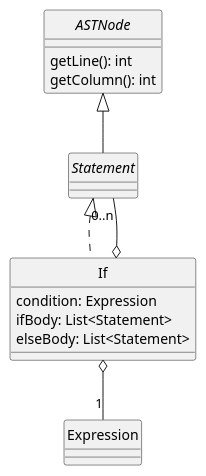
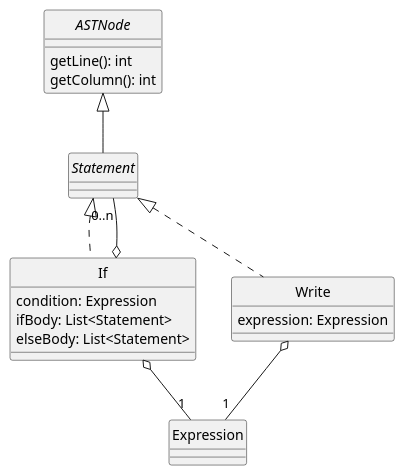
One commit to uo271288/dlp-compiler changed the diagram in docs/diagrams/statements.plantuml. Above: the diagram before and after it, drawn with PlantUML. The commit also changed 1 other file, not shown here.

Commit message:
Program Diagram finished, Statement Diagram TBD

```diff
--- a/docs/diagrams/statements.plantuml
+++ b/docs/diagrams/statements.plantuml
@@ -1,27 +1,32 @@
 @startuml Statements
 skinparam style strictuml
 skinparam monochrome true
 
 
 interface ASTNode {
     getLine(): int
     getColumn(): int
 }
 
 interface Statement
 
 class If {
     condition: Expression
     ifBody: List<Statement>
     elseBody: List<Statement>
 }
 
+class Write {
+    expression: Expression
+}
 
 ASTNode <|-- Statement
 Statement <|.. If
+Statement <|.. Write
 
 If o-- "1" Expression
+Write o-- "1" Expression
 If o-- "0..n" Statement
 
 
 @enduml
```
